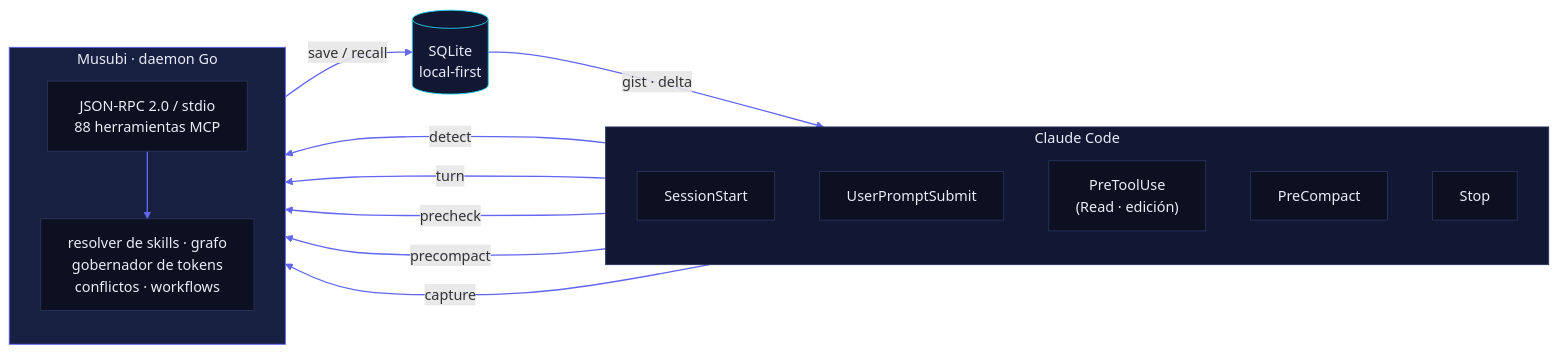
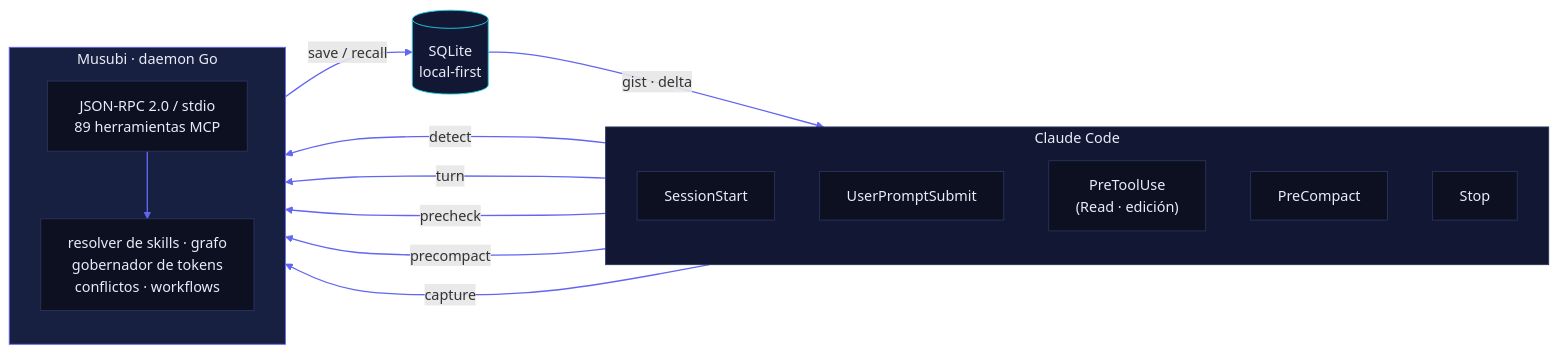
The first of 3 diagrams in README.md (codeabraham16/musubi), drawn with Mermaid before and after one commit. The commit also changed other lines of this file and 22 other files, not shown here.

First line of the commit message:
feat(spec-graph): musubi_spec_coverage + cobertura en el mapa

````diff
--- a/README.md
+++ b/README.md
@@ -93,34 +93,34 @@
 ```mermaid
 flowchart LR
     subgraph CC["Claude Code"]
         direction TB
         H1["SessionStart"]
         H2["UserPromptSubmit"]
         H3["PreToolUse<br/>(Read · edición)"]
         H4["PreCompact"]
         H5["Stop"]
     end
     subgraph M["Musubi · daemon Go"]
         direction TB
-        RPC["JSON-RPC 2.0 / stdio<br/>88 herramientas MCP"]
+        RPC["JSON-RPC 2.0 / stdio<br/>89 herramientas MCP"]
         COG["resolver de skills · grafo<br/>gobernador de tokens<br/>conflictos · workflows"]
     end
     DB[("SQLite<br/>local-first")]
 
     H1 -- "detect" --> RPC
     H2 -- "turn" --> RPC
     H3 -- "precheck" --> RPC
     H4 -- "precompact" --> RPC
     H5 -- "capture" --> RPC
     RPC --> COG
     COG -- "save / recall" --> DB
     DB -- "gist · delta" --> CC
 
     classDef cc fill:#121734,stroke:#2A335C,color:#E9ECF7;
     classDef mm fill:#182042,stroke:#6366F1,color:#E9ECF7;
     classDef db fill:#121734,stroke:#22D3EE,color:#E9ECF7;
     classDef nd fill:#0C1020,stroke:#2A335C,color:#E9ECF7;
     class CC cc; class M mm; class DB db;
     class H1,H2,H3,H4,H5,RPC,COG nd;
     linkStyle default stroke:#6366F1,stroke-width:1.5px;
 ```
````
